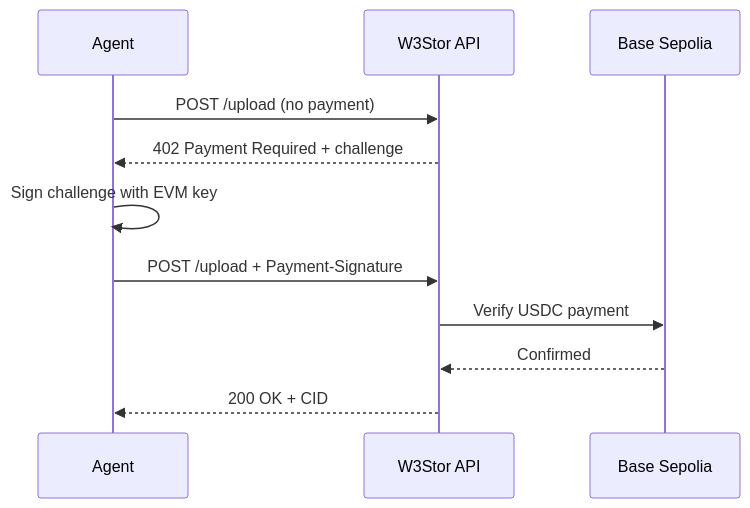
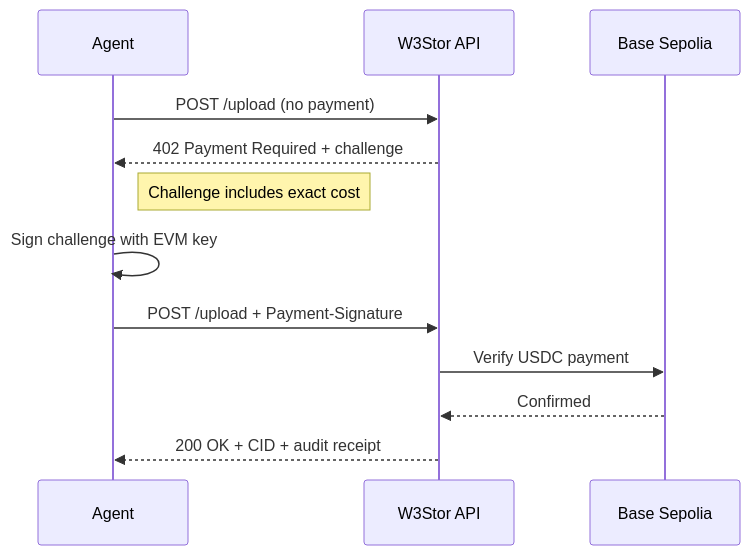
One commit to aikarap/w3stor changed the fourth of 6 diagrams in README.md. Above: the diagram before and after it, drawn with Mermaid. The commit also changed other lines of this file, not shown here.

````diff
--- a/README.md
+++ b/README.md
@@ -157,14 +213,14 @@
 ```mermaid
 sequenceDiagram
     participant Agent
     participant W3Stor API
     participant Base Sepolia
-
     Agent->>W3Stor API: POST /upload (no payment)
     W3Stor API-->>Agent: 402 Payment Required + challenge
+    Note right of Agent: Challenge includes exact cost
     Agent->>Agent: Sign challenge with EVM key
     Agent->>W3Stor API: POST /upload + Payment-Signature
     W3Stor API->>Base Sepolia: Verify USDC payment
     Base Sepolia-->>W3Stor API: Confirmed
-    W3Stor API-->>Agent: 200 OK + CID
+    W3Stor API-->>Agent: 200 OK + CID + audit receipt
 ```
````
